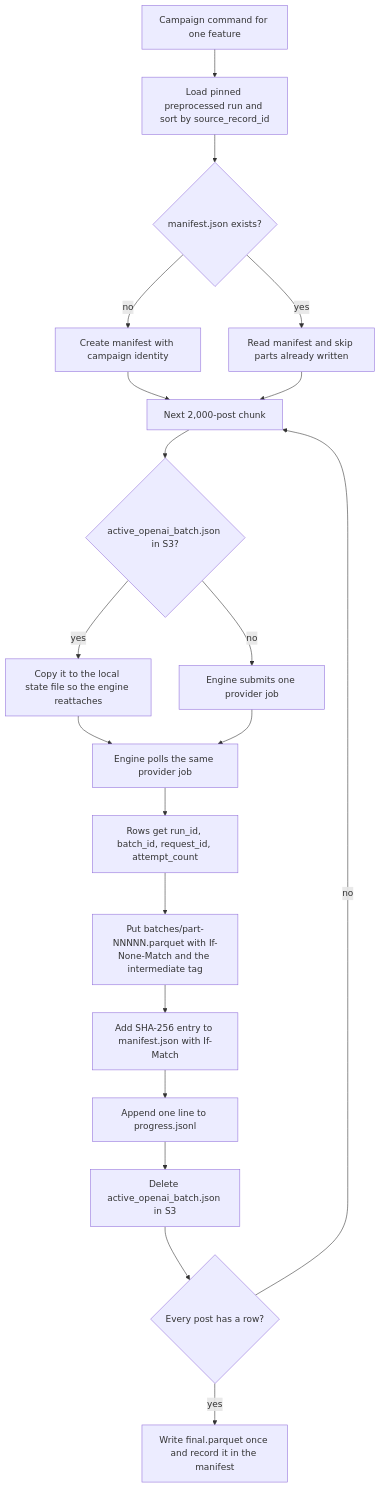
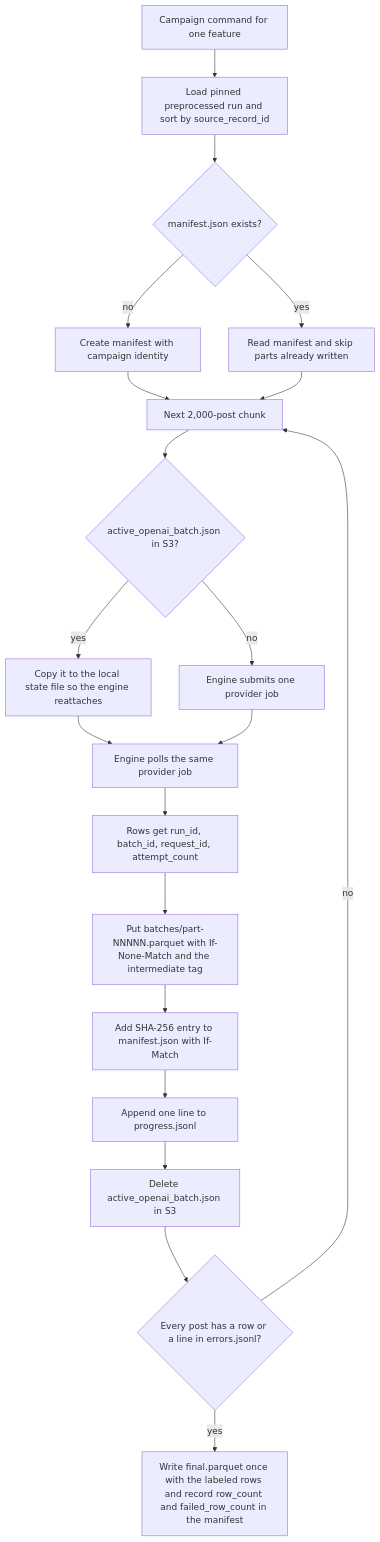
The diagram in docs/plans/2026-09-06_write_resumable_parquet_feature_batches_b4f2c7/plan.md (METResearchGroup/mirrorView-task), drawn with Mermaid before and after one commit. The commit also changed other lines of this file and 1 other file, not shown here.

Commit message:
Record the user-approved completion rule: final.parquet ignores permanently failed ids

````diff
--- a/docs/plans/2026-09-06_write_resumable_parquet_feature_batches_b4f2c7/plan.md
+++ b/docs/plans/2026-09-06_write_resumable_parquet_feature_batches_b4f2c7/plan.md
@@ -22,22 +22,22 @@
 ```mermaid
 flowchart TD
     A[Campaign command for one feature] --> B[Load pinned preprocessed run and sort by source_record_id]
     B --> C{manifest.json exists?}
     C -->|no| D[Create manifest with campaign identity]
     C -->|yes| E[Read manifest and skip parts already written]
     D --> F[Next 2,000-post chunk]
     E --> F
     F --> G{active_openai_batch.json in S3?}
     G -->|yes| H[Copy it to the local state file so the engine reattaches]
     G -->|no| I[Engine submits one provider job]
     H --> J[Engine polls the same provider job]
     I --> J
     J --> K[Rows get run_id, batch_id, request_id, attempt_count]
     K --> L[Put batches/part-NNNNN.parquet with If-None-Match and the intermediate tag]
     L --> M[Add SHA-256 entry to manifest.json with If-Match]
     M --> N[Append one line to progress.jsonl]
     N --> O[Delete active_openai_batch.json in S3]
-    O --> P{Every post has a row?}
+    O --> P{Every post has a row or a line in errors.jsonl?}
     P -->|no| F
-    P -->|yes| Q[Write final.parquet once and record it in the manifest]
+    P -->|yes| Q[Write final.parquet once with the labeled rows and record row_count and failed_row_count in the manifest]
 ```
````
